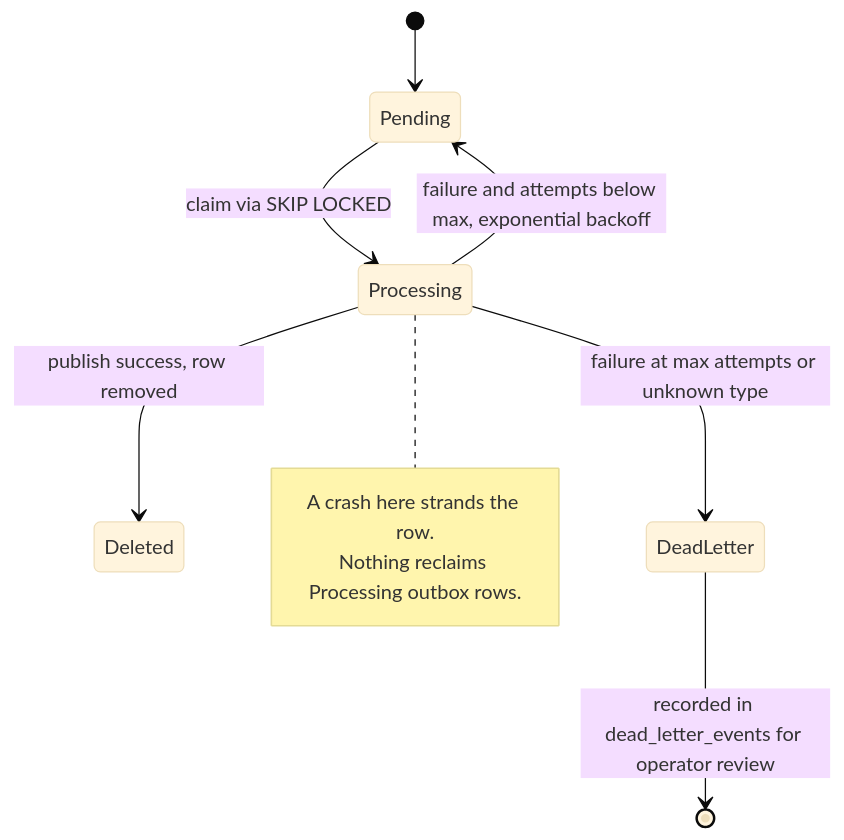
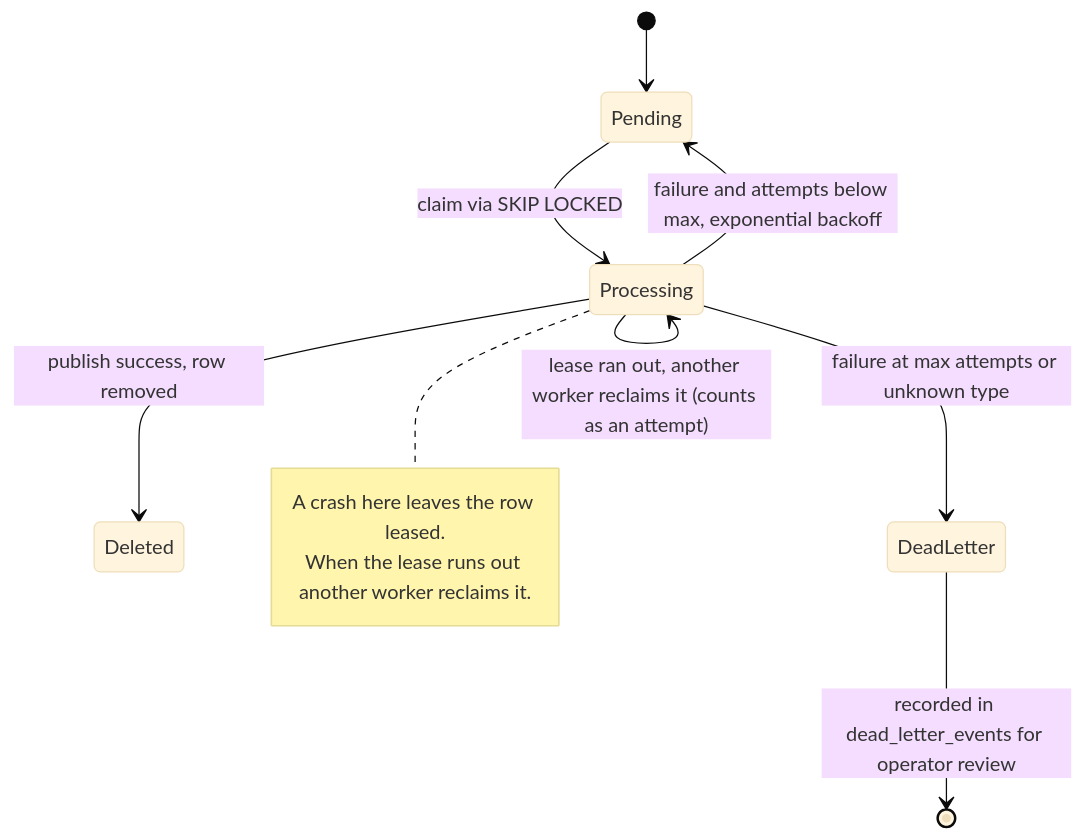
One commit to maysamgamini/crowdfundinghub changed the sixth of 12 diagrams in docs/ARCHITECTURE_AND_LIBRARIES.md. Above: the diagram before and after it, drawn with Mermaid (base theme). The commit also changed other lines of this file and 6 other files, not shown here.

Commit message:
docs: outbox rows are reclaimed after their lease runs out

````diff
--- a/docs/ARCHITECTURE_AND_LIBRARIES.md
+++ b/docs/ARCHITECTURE_AND_LIBRARIES.md
@@ -318,13 +318,14 @@
 ```mermaid
 stateDiagram-v2
     [*] --> Pending
     Pending --> Processing: claim via SKIP LOCKED
     Processing --> Deleted: publish success, row removed
     Processing --> Pending: failure and attempts below max, exponential backoff
+    Processing --> Processing: lease ran out, another worker reclaims it (counts as an attempt)
     Processing --> DeadLetter: failure at max attempts or unknown type
     DeadLetter --> [*]: recorded in dead_letter_events for operator review
     note right of Processing
-        A crash here strands the row.
-        Nothing reclaims Processing outbox rows.
+        A crash here leaves the row leased.
+        When the lease runs out another worker reclaims it.
     end note
 ```
````
